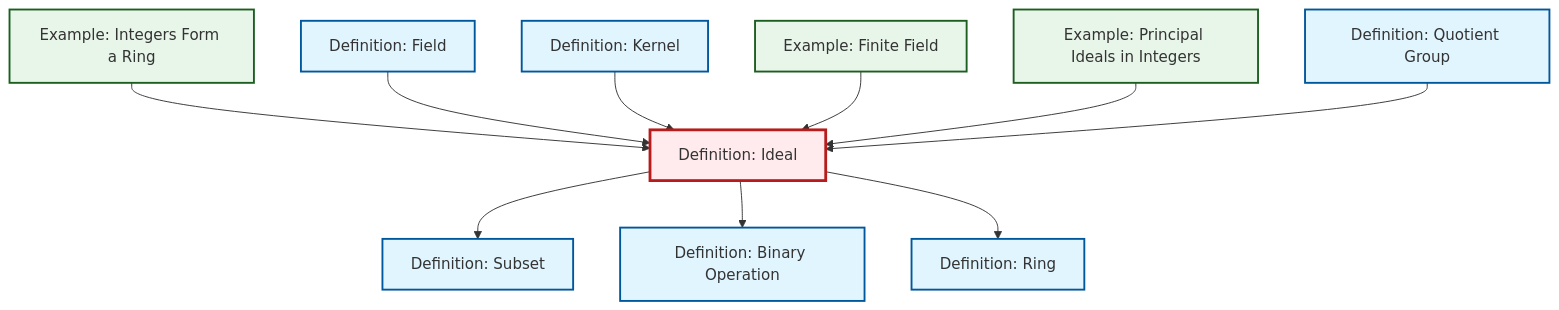
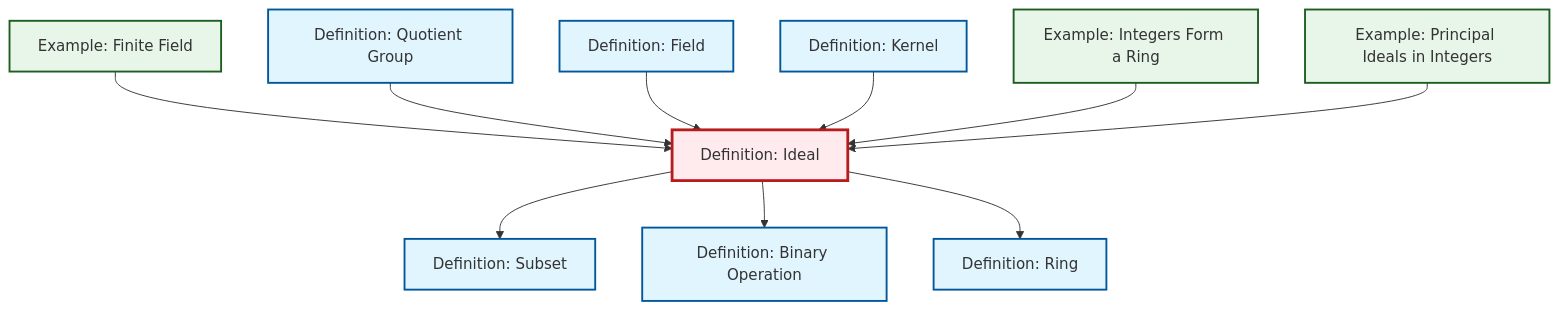
The diagram in content/en/algebra/def-ideal.qmd (RK0429/ModernMath), drawn with Mermaid before and after one commit. The commit also changed other lines of this file and 474 other files, not shown here.

````diff
--- a/content/en/algebra/def-ideal.qmd
+++ b/content/en/algebra/def-ideal.qmd
@@ -69,38 +69,38 @@
 ```{mermaid}
 %%| fig-cap: "Local dependency graph"
 graph TD
     classDef definition fill:#e1f5fe,stroke:#01579b,stroke-width:2px
     classDef theorem fill:#f3e5f5,stroke:#4a148c,stroke-width:2px
     classDef axiom fill:#fff3e0,stroke:#e65100,stroke-width:2px
     classDef example fill:#e8f5e9,stroke:#1b5e20,stroke-width:2px
     classDef current fill:#ffebee,stroke:#b71c1c,stroke-width:3px
+    def-ideal["Definition: Ideal"]:::definition
+    def-field["Definition: Field"]:::definition
+    def-quotient-group["Definition: Quotient Group"]:::definition
+    def-ring["Definition: Ring"]:::definition
+    ex-principal-ideal["Example: Principal Ideals in Integers"]:::example
+    def-kernel["Definition: Kernel"]:::definition
+    ex-integers-ring["Example: Integers Form a Ring"]:::example
     ex-finite-field["Example: Finite Field"]:::example
-    def-ring["Definition: Ring"]:::definition
-    def-field["Definition: Field"]:::definition
+    def-subset["Definition: Subset"]:::definition
     def-binary-operation["Definition: Binary Operation"]:::definition
-    def-kernel["Definition: Kernel"]:::definition
-    def-quotient-group["Definition: Quotient Group"]:::definition
-    ex-principal-ideal["Example: Principal Ideals in Integers"]:::example
-    ex-integers-ring["Example: Integers Form a Ring"]:::example
-    def-ideal["Definition: Ideal"]:::definition
-    def-subset["Definition: Subset"]:::definition
-    ex-integers-ring --> def-ideal
-    def-ideal --> def-subset
+    ex-finite-field --> def-ideal
+    def-quotient-group --> def-ideal
     def-field --> def-ideal
     def-kernel --> def-ideal
-    ex-finite-field --> def-ideal
+    ex-integers-ring --> def-ideal
     ex-principal-ideal --> def-ideal
+    def-ideal --> def-subset
     def-ideal --> def-binary-operation
     def-ideal --> def-ring
-    def-quotient-group --> def-ideal
     class def-ideal current
+    click def-field "def-field.html" "Go to Field definition"
+    click def-quotient-group "def-quotient-group.html" "Go to Quotient Group definition"
+    click def-ring "def-ring.html" "Go to Ring definition"
+    click ex-principal-ideal "ex-principal-ideal.html" "Go to Principal Ideals in Integers example"
+    click def-kernel "def-kernel.html" "Go to Kernel definition"
+    click ex-integers-ring "ex-integers-ring.html" "Go to Integers Form a Ring example"
     click ex-finite-field "ex-finite-field.html" "Go to Finite Field example"
-    click def-ring "def-ring.html" "Go to Ring definition"
-    click def-field "def-field.html" "Go to Field definition"
+    click def-subset "def-subset.html" "Go to Subset definition"
     click def-binary-operation "def-binary-operation.html" "Go to Binary Operation definition"
-    click def-kernel "def-kernel.html" "Go to Kernel definition"
-    click def-quotient-group "def-quotient-group.html" "Go to Quotient Group definition"
-    click ex-principal-ideal "ex-principal-ideal.html" "Go to Principal Ideals in Integers example"
-    click ex-integers-ring "ex-integers-ring.html" "Go to Integers Form a Ring example"
-    click def-subset "def-subset.html" "Go to Subset definition"
 ```
````
